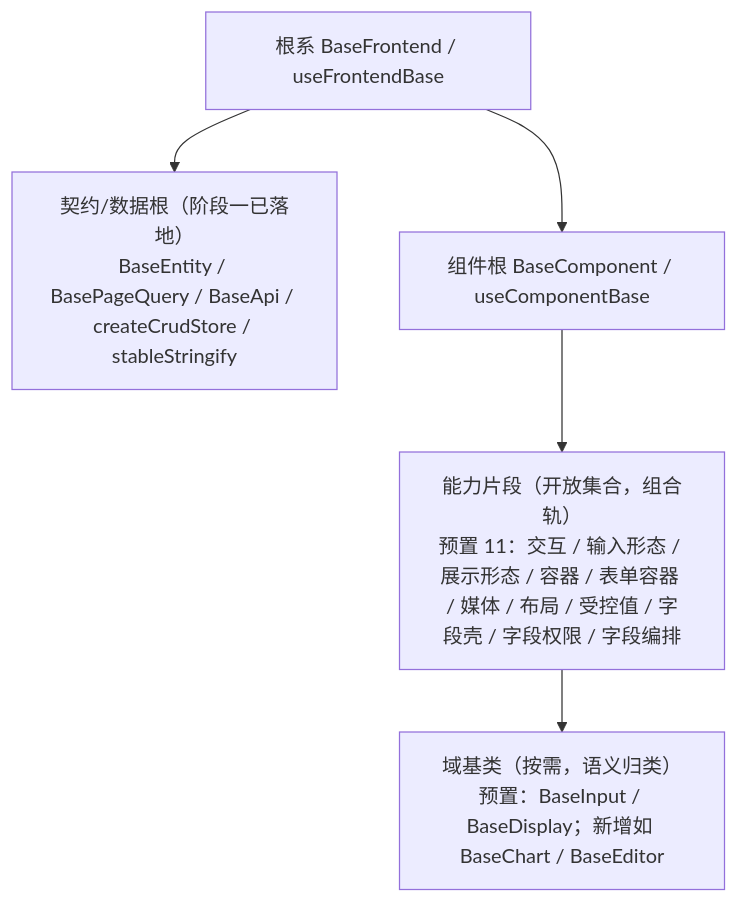
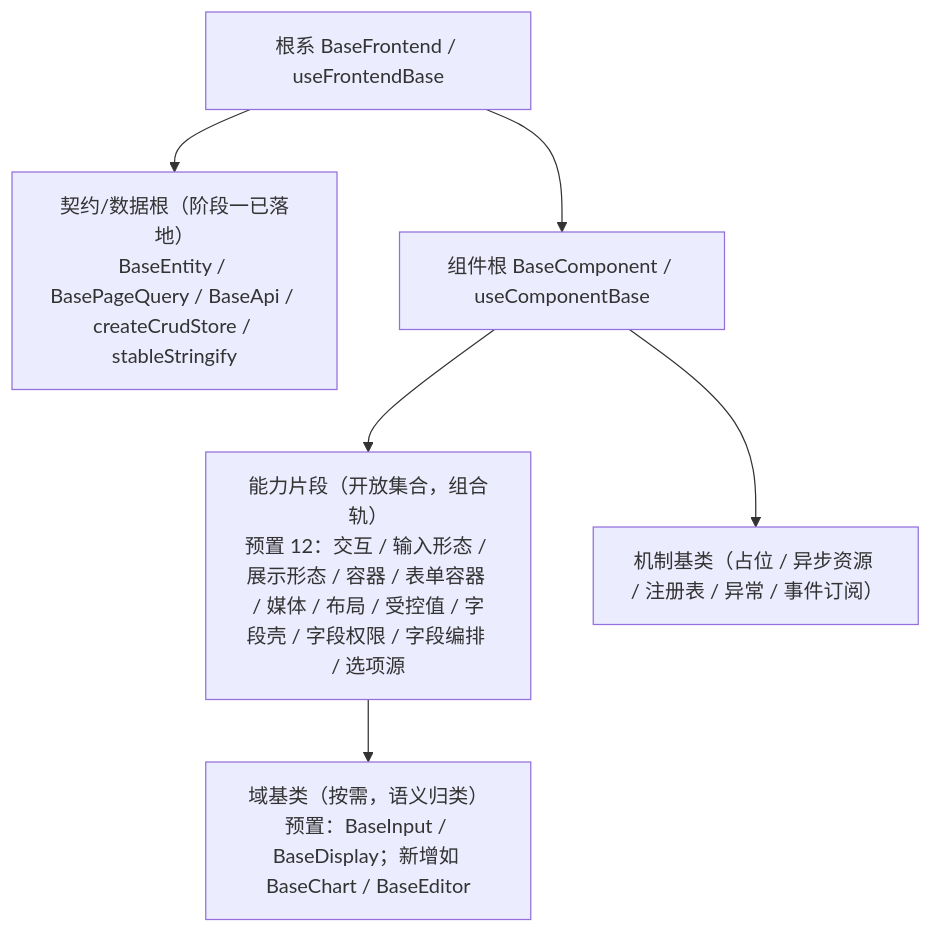
Before and after one commit to minjian123/basic-management-system: the diagram in bms文档/项目/04_前端组件库/需求/01_需求_基础组件类.md, drawn with Mermaid. The commit also changed other lines of this file and 11 other files, not shown here.

Commit message:
docs(组件库): 对齐后端基类体系补充（5 机制基类 + 选项源片段 + 树/图表域基类，工时同步）

````diff
--- a/bms文档/项目/04_前端组件库/需求/01_需求_基础组件类.md
+++ b/bms文档/项目/04_前端组件库/需求/01_需求_基础组件类.md
@@ -11,12 +11,14 @@
 ```mermaid
 flowchart TD
     ROOT["根系 BaseFrontend / useFrontendBase"]
     DATA["契约/数据根（阶段一已落地）<br/>BaseEntity / BasePageQuery / BaseApi / createCrudStore / stableStringify"]
     COMP["组件根 BaseComponent / useComponentBase"]
-    CAP["能力片段（开放集合，组合轨）<br/>预置 11：交互 / 输入形态 / 展示形态 / 容器 / 表单容器 / 媒体 / 布局 / 受控值 / 字段壳 / 字段权限 / 字段编排"]
+    CAP["能力片段（开放集合，组合轨）<br/>预置 12：交互 / 输入形态 / 展示形态 / 容器 / 表单容器 / 媒体 / 布局 / 受控值 / 字段壳 / 字段权限 / 字段编排 / 选项源"]
     DOM["域基类（按需，语义归类）<br/>预置：BaseInput / BaseDisplay；新增如 BaseChart / BaseEditor"]
     ROOT --> DATA
     ROOT --> COMP
+    MECH["机制基类（占位 / 异步资源 / 注册表 / 异常 / 事件订阅）"]
+    COMP --> MECH
     COMP --> CAP
     CAP --> DOM
 ```
````
